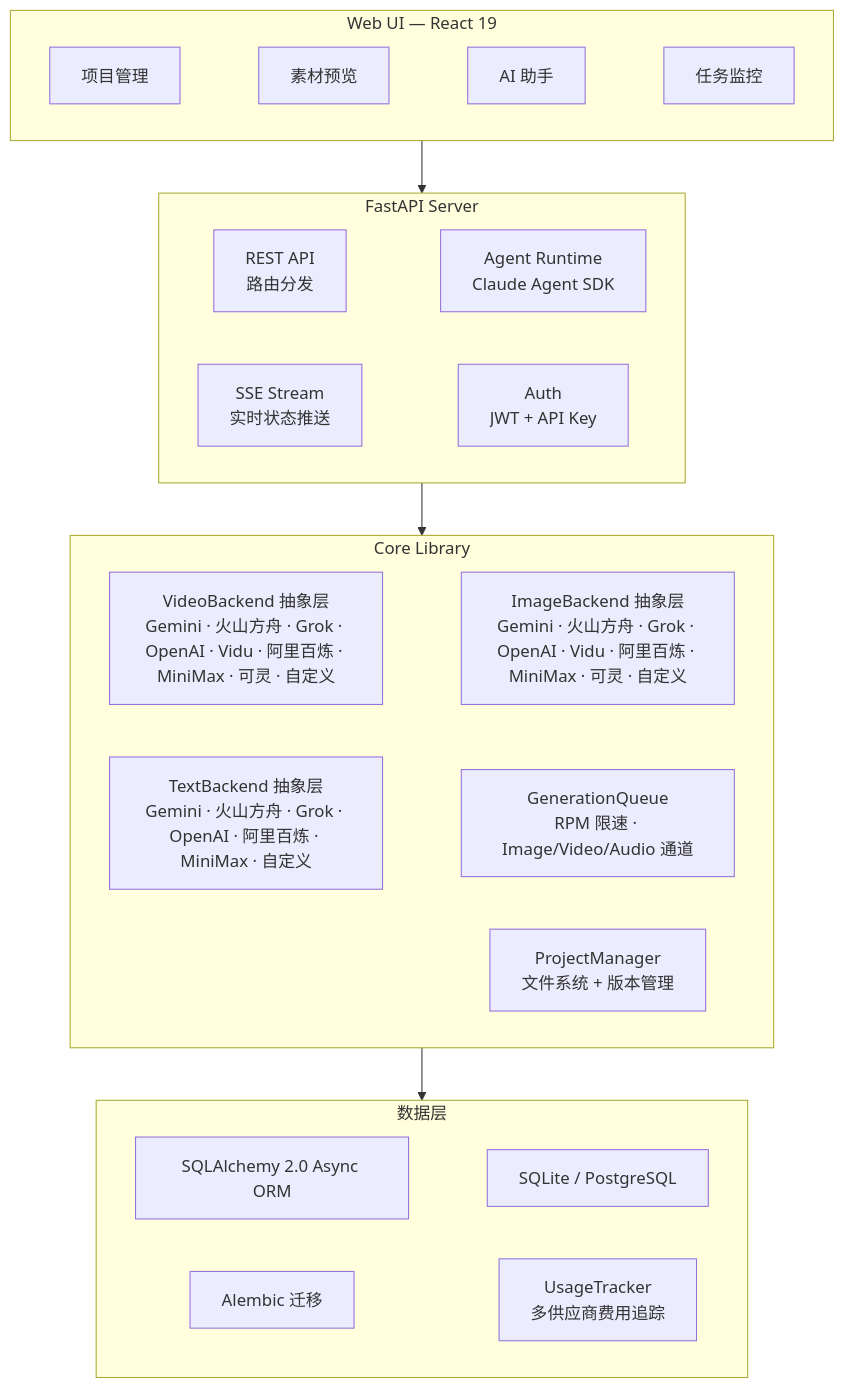
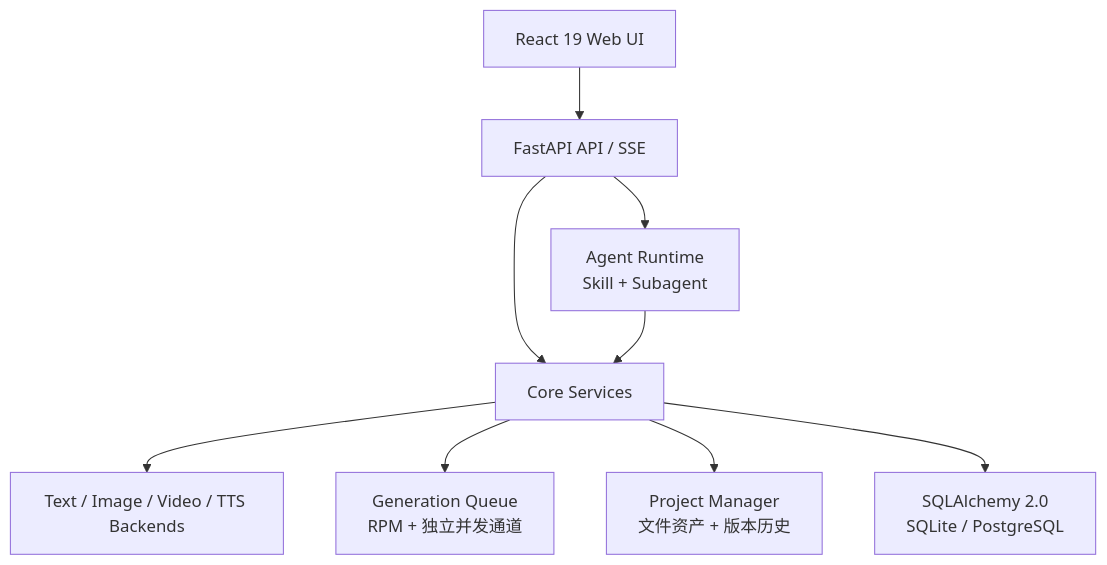
One commit to ArcReel/ArcReel changed the second of 2 diagrams in README.md. Above: the diagram before and after it, drawn with Mermaid. The commit also changed other lines of this file and 9 other files, not shown here.

````diff
--- a/README.md
+++ b/README.md
@@ -242,24 +212,11 @@
 ```mermaid
 flowchart TB
-    subgraph UI["Web UI — React 19"]
-        U1["项目管理"] ~~~ U2["素材预览"] ~~~ U3["AI 助手"] ~~~ U4["任务监控"]
-    end
-
-    subgraph Server["FastAPI Server"]
-        S1["REST API<br/>路由分发"] ~~~ S2["Agent Runtime<br/>Claude Agent SDK"]
-        S3["SSE Stream<br/>实时状态推送"] ~~~ S4["Auth<br/>JWT + API Key"]
-    end
-
-    subgraph Core["Core Library"]
-        C1["VideoBackend 抽象层<br/>Gemini · 火山方舟 · Grok · OpenAI · Vidu · 阿里百炼 · MiniMax · 可灵 · 自定义"] ~~~ C2["ImageBackend 抽象层<br/>Gemini · 火山方舟 · Grok · OpenAI · Vidu · 阿里百炼 · MiniMax · 可灵 · 自定义"]
-        C5["TextBackend 抽象层<br/>Gemini · 火山方舟 · Grok · OpenAI · 阿里百炼 · MiniMax · 自定义"] ~~~ C3["GenerationQueue<br/>RPM 限速 · Image/Video/Audio 通道"]
-        C4["ProjectManager<br/>文件系统 + 版本管理"]
-    end
-
-    subgraph Data["数据层"]
-        D1["SQLAlchemy 2.0 Async ORM"] ~~~ D2["SQLite / PostgreSQL"]
-        D3["Alembic 迁移"] ~~~ D4["UsageTracker<br/>多供应商费用追踪"]
-    end
-
-    UI --> Server --> Core --> Data
+    UI["React 19 Web UI"] --> API["FastAPI API / SSE"]
+    API --> AGENT["Agent Runtime<br/>Skill + Subagent"]
+    API --> CORE["Core Services"]
+    AGENT --> CORE
+    CORE --> PROVIDERS["Text / Image / Video / TTS Backends"]
+    CORE --> QUEUE["Generation Queue<br/>RPM + 独立并发通道"]
+    CORE --> PROJECTS["Project Manager<br/>文件资产 + 版本历史"]
+    CORE --> DB["SQLAlchemy 2.0<br/>SQLite / PostgreSQL"]
 ```
````
